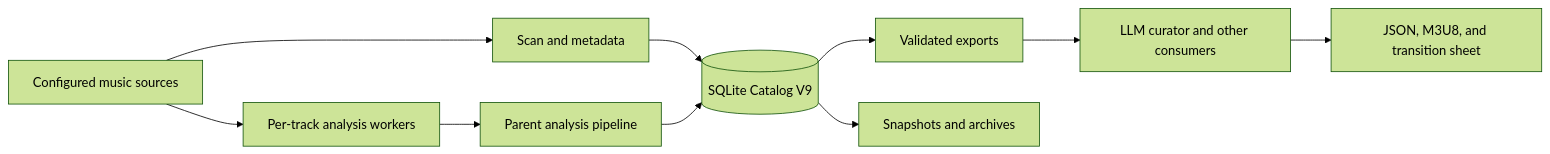
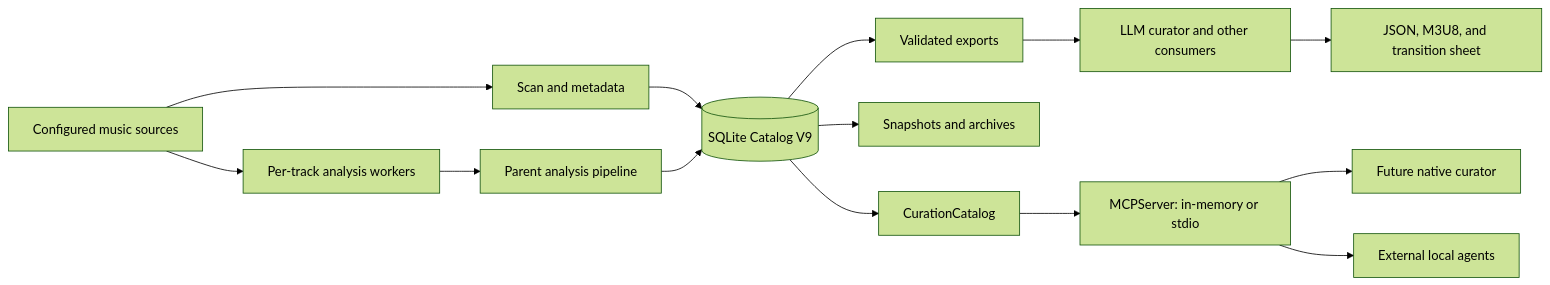
The diagram in docs/ARCHITECTURE.md (fmatsos/dj-digger), drawn with Mermaid (forest theme) before and after one commit. The commit also changed other lines of this file and 15 other files, not shown here.

First line of the commit message:
feat(mcp): expose curation catalog over stdio

````diff
--- a/docs/ARCHITECTURE.md
+++ b/docs/ARCHITECTURE.md
@@ -13,12 +13,16 @@
 ```mermaid
 flowchart LR
     Sources[Configured music sources] --> Scan[Scan and metadata]
     Scan --> Catalog[(SQLite Catalog V9)]
     Sources --> Workers[Per-track analysis workers]
     Workers --> Parent[Parent analysis pipeline]
     Parent --> Catalog
     Catalog --> Exports[Validated exports]
     Catalog --> Snapshots[Snapshots and archives]
     Exports --> Curator[LLM curator and other consumers]
+    Catalog --> Curation[CurationCatalog]
+    Curation --> MCP[MCPServer: in-memory or stdio]
+    MCP --> Native[Future native curator]
+    MCP --> External[External local agents]
     Curator --> Sets[JSON, M3U8, and transition sheet]
 ```
````
